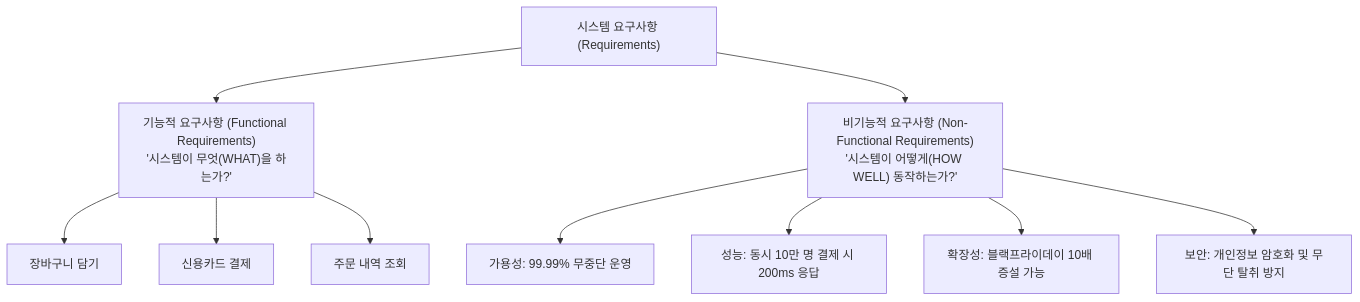
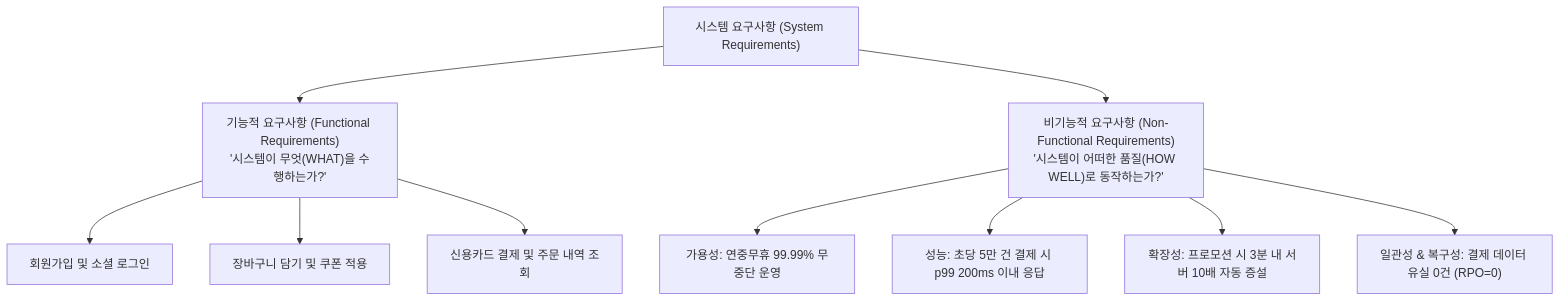
Before and after one commit to keimania/tech-notes: the fifth of 39 diagrams in 09_아키텍처.md, drawn with Mermaid. The commit also changed other lines of this file and 12 other files, not shown here.

````diff
--- a/09_아키텍처.md
+++ b/09_아키텍처.md
@@ -160,14 +186,14 @@
 ```mermaid
 flowchart TD
-    Req["시스템 요구사항 (Requirements)"] --> FR["기능적 요구사항 (Functional Requirements)\n'시스템이 무엇(WHAT)을 하는가?'"]
-    Req --> NFR["비기능적 요구사항 (Non-Functional Requirements)\n'시스템이 어떻게(HOW WELL) 동작하는가?'"]
+    Req["시스템 요구사항 (System Requirements)"] --> FR["기능적 요구사항 (Functional Requirements)\n'시스템이 무엇(WHAT)을 수행하는가?'"]
+    Req --> NFR["비기능적 요구사항 (Non-Functional Requirements)\n'시스템이 어떠한 품질(HOW WELL)로 동작하는가?'"]
 
-    FR --> FR1["장바구니 담기"]
-    FR --> FR2["신용카드 결제"]
-    FR --> FR3["주문 내역 조회"]
+    FR --> FR1["회원가입 및 소셜 로그인"]
+    FR --> FR2["장바구니 담기 및 쿠폰 적용"]
+    FR --> FR3["신용카드 결제 및 주문 내역 조회"]
 
-    NFR --> NFR1["가용성: 99.99% 무중단 운영"]
-    NFR --> NFR2["성능: 동시 10만 명 결제 시 200ms 응답"]
-    NFR --> NFR3["확장성: 블랙프라이데이 10배 증설 가능"]
-    NFR --> NFR4["보안: 개인정보 암호화 및 무단 탈취 방지"]
+    NFR --> NFR1["가용성: 연중무휴 99.99% 무중단 운영"]
+    NFR --> NFR2["성능: 초당 5만 건 결제 시 p99 200ms 이내 응답"]
+    NFR --> NFR3["확장성: 프로모션 시 3분 내 서버 10배 자동 증설"]
+    NFR --> NFR4["일관성 & 복구성: 결제 데이터 유실 0건 (RPO=0)"]
 ```
````
